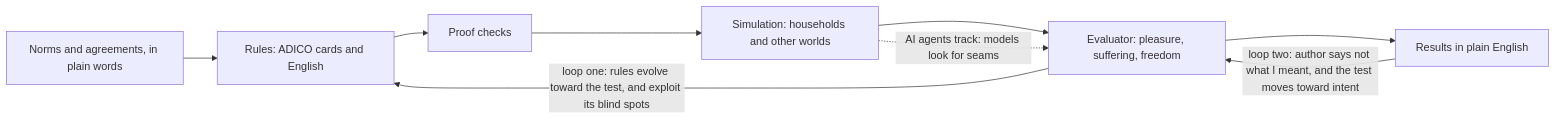
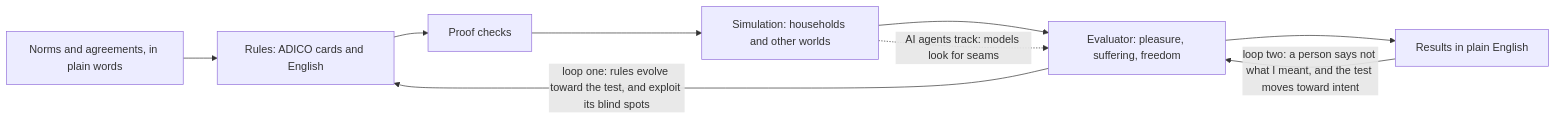
Before and after one commit to reeswrites/collective-pleasure: the diagram in README.md, drawn with Mermaid. The commit also changed other lines of this file and 2 other files, not shown here.

First line of the commit message:
README: project's own voice, drop the what-went-wrong section, move glossary and layout to docs

````diff
--- a/README.md
+++ b/README.md
@@ -40,11 +40,11 @@
 ```mermaid
 flowchart LR
     A[Norms and agreements, in plain words] --> R[Rules: ADICO cards and English]
     R --> P[Proof checks]
     P --> S[Simulation: households and other worlds]
     S --> E[Evaluator: pleasure, suffering, freedom]
     E --> O[Results in plain English]
     S -.->|AI agents track: models look for seams| E
     E -->|loop one: rules evolve toward the test, and exploit its blind spots| R
-    O -->|loop two: author says not what I meant, and the test moves toward intent| E
+    O -->|loop two: a person says not what I meant, and the test moves toward intent| E
 ```
````
